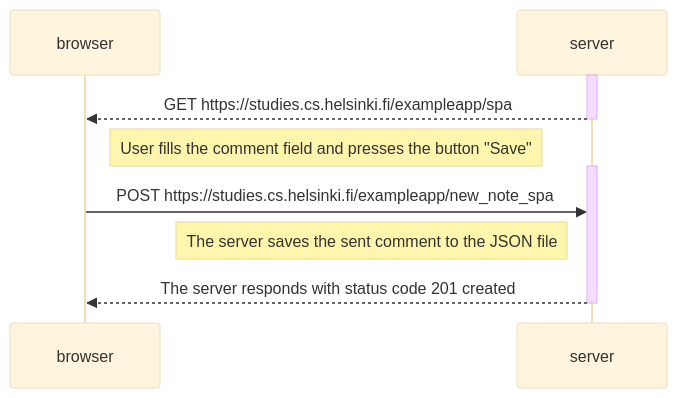
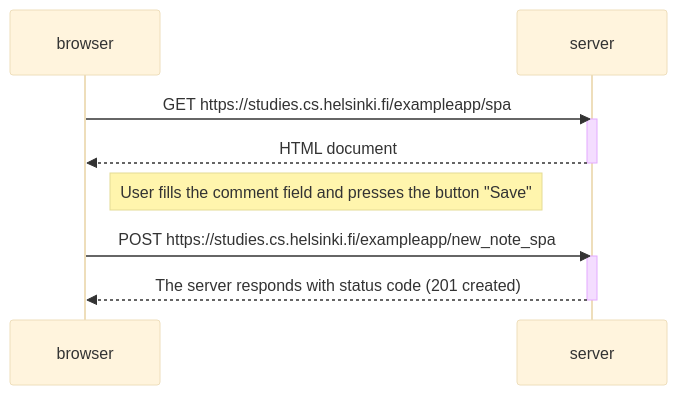
Before and after one commit to jhlae/fso-2023: the third of 3 diagrams in osa0/README.md, drawn with Mermaid (base theme). The commit also changed other lines of this file, not shown here.

Commit message:
changes to diagrams

````diff
--- a/osa0/README.md
+++ b/osa0/README.md
@@ -44,18 +82,18 @@
 ```mermaid
 sequenceDiagram
     participant browser
     participant server
 
+    browser->>server: GET https://studies.cs.helsinki.fi/exampleapp/spa
     activate server
-    server-->>browser: GET https://studies.cs.helsinki.fi/exampleapp/spa
+    server-->>browser: HTML document
     deactivate server
 
     Note right of browser: User fills the comment field and presses the button "Save"
 
+    browser->>server: POST https://studies.cs.helsinki.fi/exampleapp/new_note_spa
+
     activate server
-
-    browser->>server: POST https://studies.cs.helsinki.fi/exampleapp/new_note_spa
-        Note left of server: The server saves the sent comment to the JSON file
-    server-->>browser: The server responds with status code 201 created
+    server-->>browser: The server responds with status code (201 created)
     deactivate server
 ```
````
